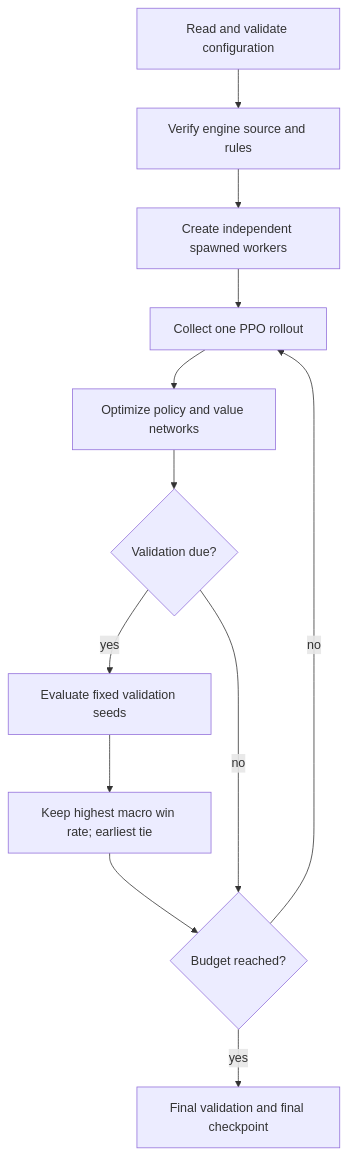
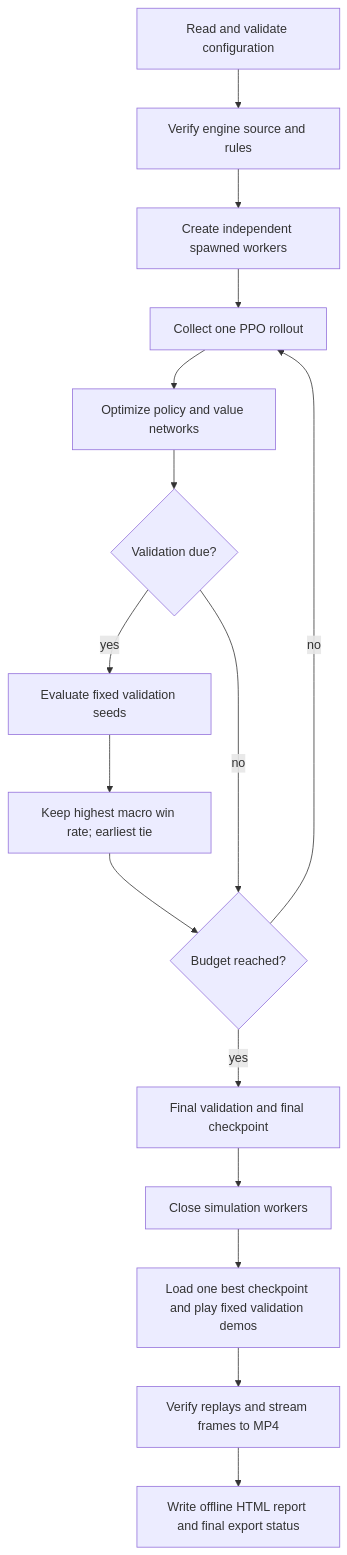
The third of 6 diagrams in docs/architecture.md (Comb1e/RL-Pvz), drawn with Mermaid before and after one commit. The commit also changed other lines of this file and 20 other files, not shown here.

````diff
--- a/docs/architecture.md
+++ b/docs/architecture.md
@@ -69,14 +77,18 @@
 ```mermaid
 flowchart TD
     Start[Read and validate configuration] --> Verify[Verify engine source and rules]
     Verify --> Workers[Create independent spawned workers]
     Workers --> Collect[Collect one PPO rollout]
     Collect --> Update[Optimize policy and value networks]
     Update --> Due{Validation due?}
     Due -->|yes| Eval[Evaluate fixed validation seeds]
     Eval --> Best[Keep highest macro win rate; earliest tie]
     Best --> Budget{Budget reached?}
     Due -->|no| Budget
     Budget -->|no| Collect
     Budget -->|yes| Final[Final validation and final checkpoint]
+    Final --> Close[Close simulation workers]
+    Close --> Demo[Load one best checkpoint and play fixed validation demos]
+    Demo --> Export[Verify replays and stream frames to MP4]
+    Export --> Report[Write offline HTML report and final export status]
 ```
````
